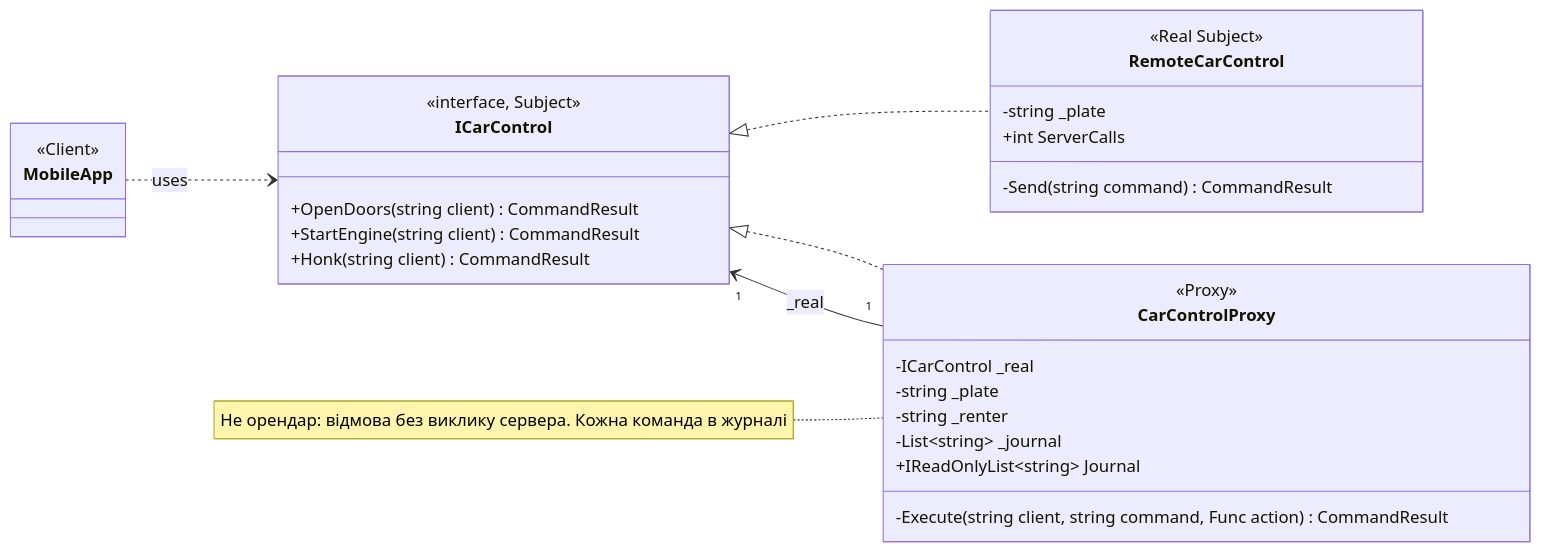
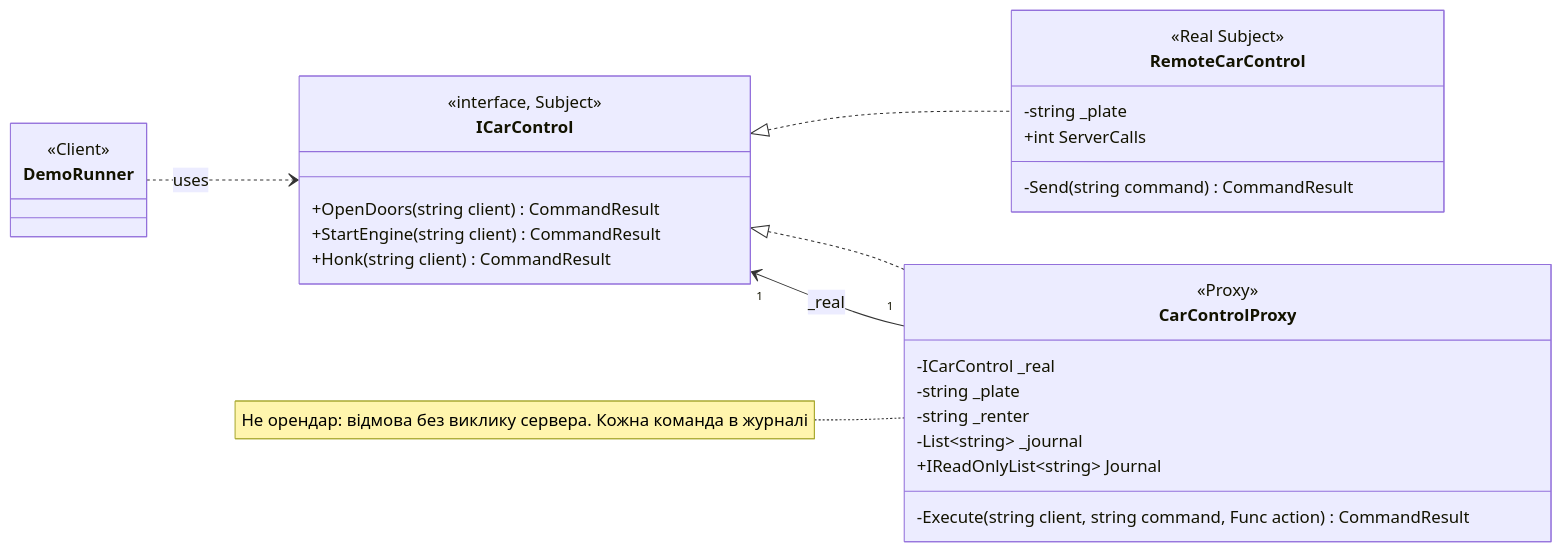
One commit to Getis8/csharp-lab11 changed the diagram in docs/diagrams/task3-proxy.mmd. Above: the diagram before and after it, drawn with Mermaid. The commit also changed 6 other files, not shown here.

```diff
--- a/docs/diagrams/task3-proxy.mmd
+++ b/docs/diagrams/task3-proxy.mmd
@@ -1,31 +1,31 @@
 classDiagram
 direction LR
 class ICarControl {
   <<interface, Subject>>
   +OpenDoors(string client) CommandResult
   +StartEngine(string client) CommandResult
   +Honk(string client) CommandResult
 }
 class RemoteCarControl {
   <<Real Subject>>
   -string _plate
   +int ServerCalls
   -Send(string command) CommandResult
 }
 class CarControlProxy {
   <<Proxy>>
   -ICarControl _real
   -string _plate
   -string _renter
   -List~string~ _journal
   +IReadOnlyList~string~ Journal
   -Execute(string client, string command, Func action) CommandResult
 }
-class MobileApp {
+class DemoRunner {
   <<Client>>
 }
 ICarControl <|.. RemoteCarControl
 ICarControl <|.. CarControlProxy
 CarControlProxy "1" --> "1" ICarControl : _real
-MobileApp ..> ICarControl : uses
+DemoRunner ..> ICarControl : uses
 note for CarControlProxy "Не орендар: відмова без виклику сервера. Кожна команда в журналі"
```
